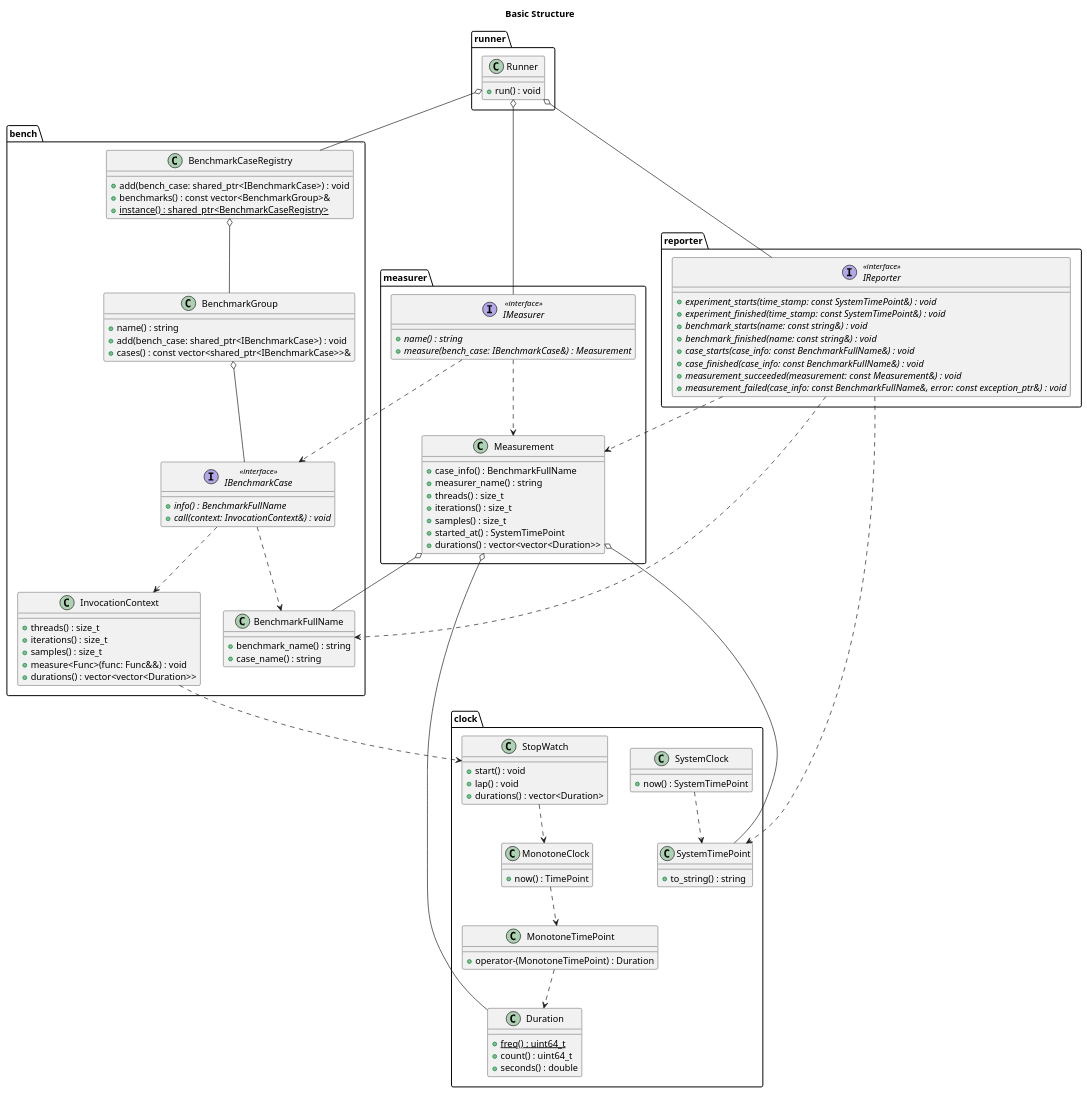
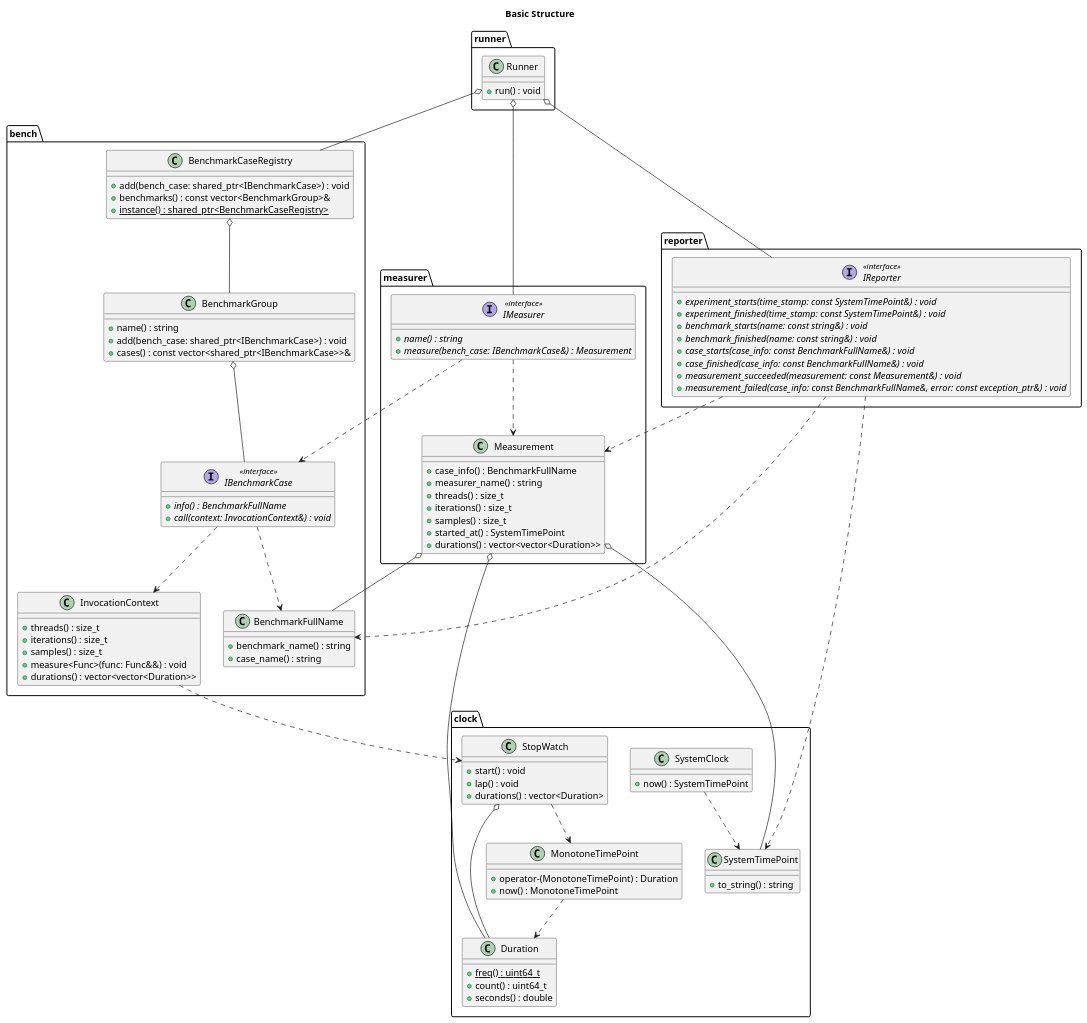
The diagram in doc/sphinx/src/basic_design/basic_structure.puml (MusicScience37/cpp-stat-bench), drawn with PlantUML before and after one commit. The commit also changed 10 other files, not shown here.

Commit message:
:recycle: Move some functions to MonotoneTimePoint class

```diff
--- a/doc/sphinx/src/basic_design/basic_structure.puml
+++ b/doc/sphinx/src/basic_design/basic_structure.puml
@@ -1,123 +1,120 @@
 @startuml basic_structure
 
 title Basic Structure
 
 package clock {
     class Duration {
         {static} + freq() : uint64_t
         + count() : uint64_t
         + seconds() : double
     }
 
     class MonotoneTimePoint {
         + operator-(MonotoneTimePoint) : Duration
+        + now() : MonotoneTimePoint
     }
     MonotoneTimePoint ..> Duration
-
-    class MonotoneClock {
-        + now() : TimePoint
-    }
-    MonotoneClock ..> MonotoneTimePoint
 
     class StopWatch {
         + start() : void
         + lap() : void
         + durations() : vector<Duration>
     }
-    StopWatch ..> MonotoneClock
+    StopWatch ..> MonotoneTimePoint
+    StopWatch o-- Duration
 
     class SystemTimePoint {
         + to_string() : string
     }
 
     class SystemClock {
         + now() : SystemTimePoint
     }
     SystemClock ..> SystemTimePoint
 }
 
 package bench {
     class InvocationContext {
         + threads() : size_t
         + iterations() : size_t
         + samples() : size_t
         + measure<Func>(func: Func&&) : void
         + durations() : vector<vector<Duration>>
     }
     InvocationContext ..> StopWatch
 
     class BenchmarkFullName {
         + benchmark_name() : string
         + case_name() : string
     }
 
     interface IBenchmarkCase <<interface>> {
         {abstract} + info() : BenchmarkFullName
         {abstract} + call(context: InvocationContext&) : void
     }
     IBenchmarkCase ..> BenchmarkFullName
     IBenchmarkCase ..> InvocationContext
 
     class BenchmarkGroup {
         + name() : string
         + add(bench_case: shared_ptr<IBenchmarkCase>) : void
         + cases() : const vector<shared_ptr<IBenchmarkCase>>&
     }
     BenchmarkGroup o-- IBenchmarkCase
 
     class BenchmarkCaseRegistry {
         + add(bench_case: shared_ptr<IBenchmarkCase>) : void
         + benchmarks() : const vector<BenchmarkGroup>&
         {static} + instance() : shared_ptr<BenchmarkCaseRegistry>
     }
     BenchmarkCaseRegistry o-- BenchmarkGroup
 }
 
 package measurer {
     class Measurement {
         + case_info() : BenchmarkFullName
         + measurer_name() : string
         + threads() : size_t
         + iterations() : size_t
         + samples() : size_t
         + started_at() : SystemTimePoint
         + durations() : vector<vector<Duration>>
     }
     Measurement o-- BenchmarkFullName
     Measurement o-- SystemTimePoint
     Measurement o-- Duration
 
     interface IMeasurer <<interface>> {
         {abstract} + name() : string
         {abstract} + measure(bench_case: IBenchmarkCase&) : Measurement
     }
     IMeasurer ..> IBenchmarkCase
     IMeasurer ..> Measurement
 }
 
 package reporter {
     interface IReporter <<interface>> {
         {abstract} + experiment_starts(time_stamp: const SystemTimePoint&) : void
         {abstract} + experiment_finished(time_stamp: const SystemTimePoint&) : void
         {abstract} + benchmark_starts(name: const string&) : void
         {abstract} + benchmark_finished(name: const string&) : void
         {abstract} + case_starts(case_info: const BenchmarkFullName&) : void
         {abstract} + case_finished(case_info: const BenchmarkFullName&) : void
         {abstract} + measurement_succeeded(measurement: const Measurement&) : void
         {abstract} + measurement_failed(case_info: const BenchmarkFullName&, error: const exception_ptr&) : void
     }
     IReporter ..> SystemTimePoint
     IReporter ..> BenchmarkFullName
     IReporter ..> Measurement
 }
 
 package runner {
     class Runner {
         + run() : void
     }
     Runner o-- IMeasurer
     Runner o-- BenchmarkCaseRegistry
     Runner o-- IReporter
 }
 
 @enduml
```
